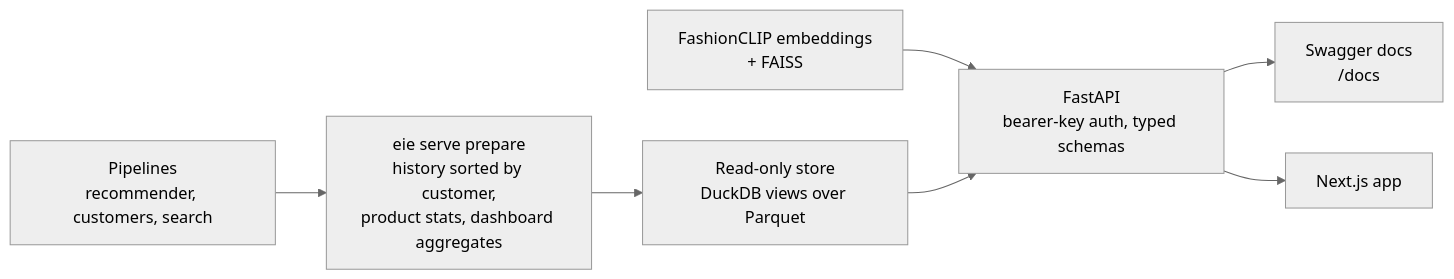
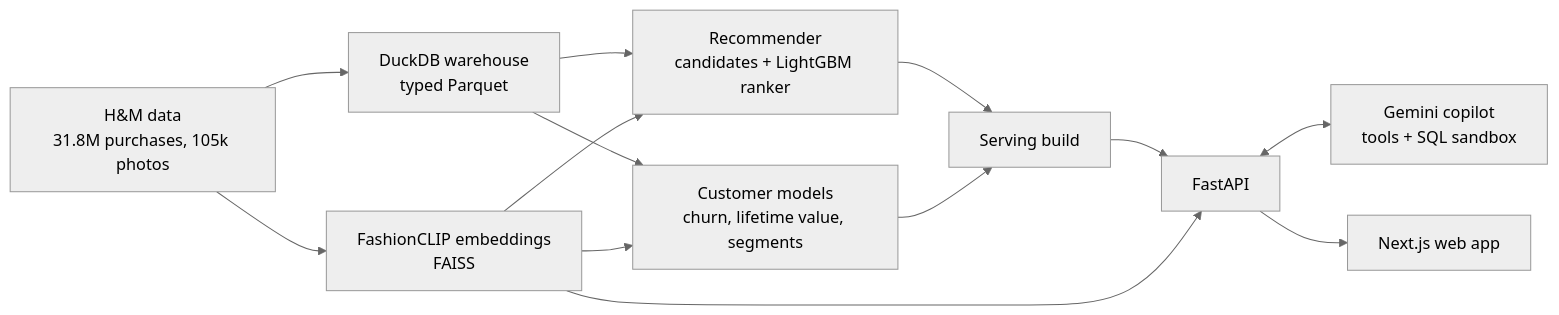
One commit to mehulp007/ECommerce-Intelligence-Engine changed the diagram in README.md. Above: the diagram before and after it, drawn with Mermaid (neutral theme). The commit also changed other lines of this file and 15 other files, not shown here.

````diff
--- a/README.md
+++ b/README.md
@@ -270,9 +47,15 @@
 ```mermaid
 flowchart LR
-    P["Pipelines<br/>recommender, customers, search"] --> SB["eie serve prepare<br/>history sorted by customer,<br/>product stats, dashboard aggregates"]
-    SB --> ST["Read-only store<br/>DuckDB views over Parquet"]
-    E["FashionCLIP embeddings<br/>+ FAISS"] --> API
-    ST --> API["FastAPI<br/>bearer-key auth, typed schemas"]
-    API --> D["Swagger docs<br/>/docs"]
-    API --> W["Next.js app"]
+    D["H&M data<br/>31.8M purchases, 105k photos"] --> W["DuckDB warehouse<br/>typed Parquet"]
+    D --> E["FashionCLIP embeddings<br/>FAISS"]
+    W --> R["Recommender<br/>candidates + LightGBM ranker"]
+    W --> C["Customer models<br/>churn, lifetime value, segments"]
+    E --> R
+    E --> C
+    R --> S["Serving build"]
+    C --> S
+    S --> A["FastAPI"]
+    E --> A
+    A <--> G["Gemini copilot<br/>tools + SQL sandbox"]
+    A --> N["Next.js web app"]
 ```
````
